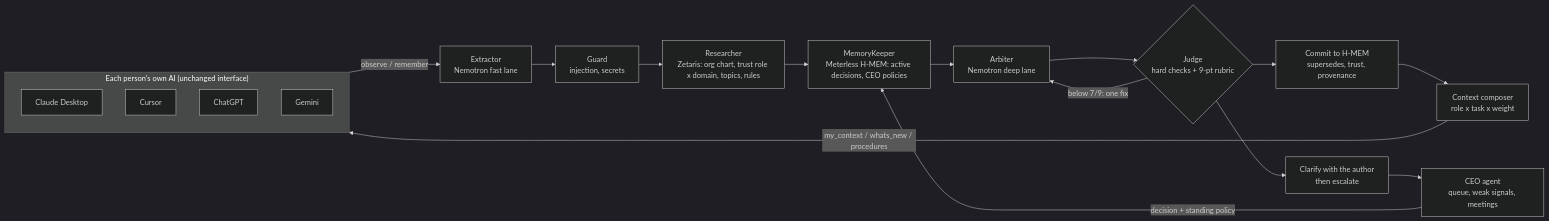
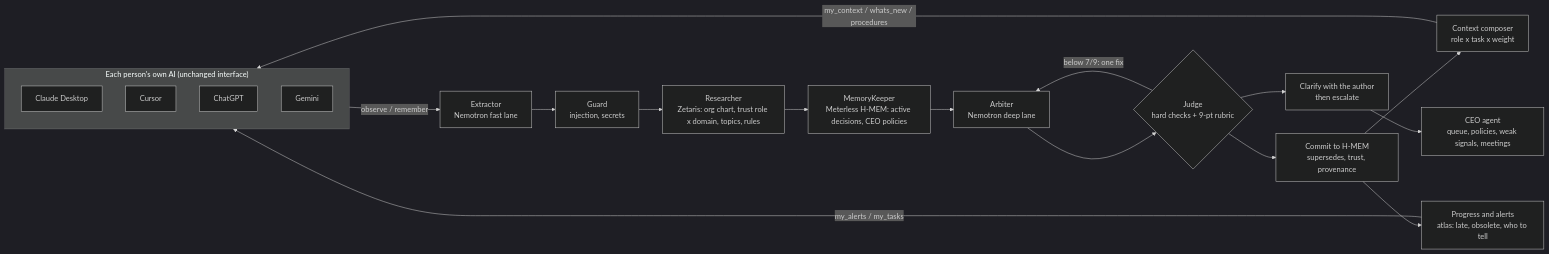
The diagram in README.md (abouchet109-del/Hackathon-GenAI-public), drawn with Mermaid (dark theme) before and after one commit. The commit also changed other lines of this file and 3 other files, not shown here.

First line of the commit message:
README for the unified repository, CLAUDE.md in English, architecture review answers, stack smoke test on Nightshift and H-MEM

````diff
--- a/README.md
+++ b/README.md
@@ -23,19 +77,20 @@
 ```mermaid
 flowchart LR
   subgraph Clients["Each person's own AI (unchanged interface)"]
     A1[Claude Desktop] & A2[Cursor] & A3[ChatGPT] & A4[Gemini]
   end
   Clients -->|observe / remember| X[Extractor<br/>Nemotron fast lane]
   X --> G[Guard<br/>injection, secrets]
   G --> R[Researcher<br/>Zetaris: org chart, trust role x domain, topics, rules]
   R --> M[MemoryKeeper<br/>Meterless H-MEM: active decisions, CEO policies]
   M --> D[Arbiter<br/>Nemotron deep lane]
   D --> C{Judge<br/>hard checks + 9-pt rubric}
   C -- below 7/9: one fix --> D
   C --> W[Commit to H-MEM<br/>supersedes, trust, provenance]
   C --> Q[Clarify with the author<br/>then escalate]
-  Q --> CEO[CEO agent<br/>queue, weak signals, meetings]
-  CEO -- decision + standing policy --> M
+  Q --> CEO[CEO agent<br/>queue, policies, weak signals, meetings]
   W --> K[Context composer<br/>role x task x weight]
+  W --> P[Progress and alerts<br/>atlas: late, obsolete, who to tell]
   K -->|my_context / whats_new / procedures| Clients
+  P -->|my_alerts / my_tasks| Clients
 ```
````
